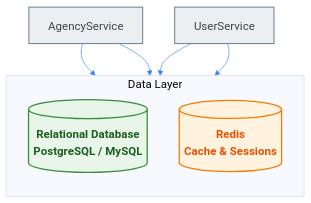
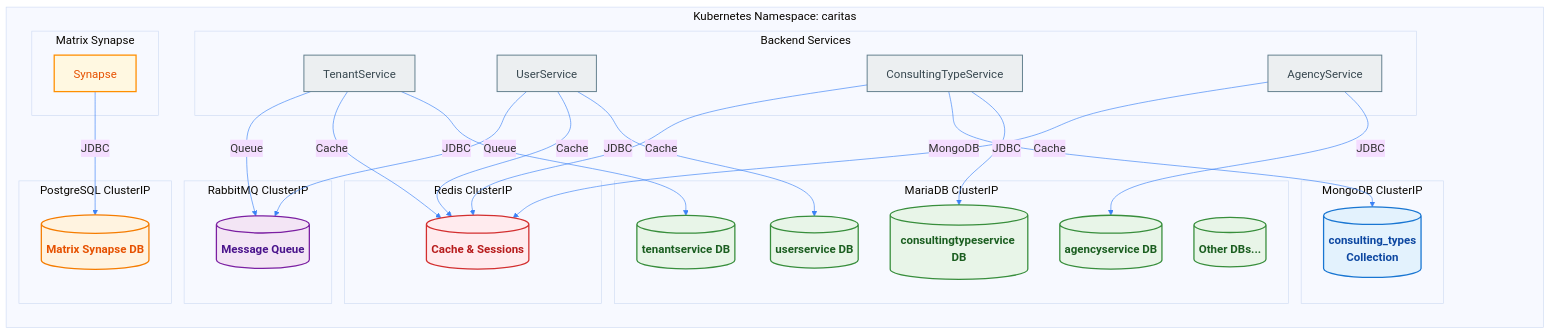
One commit to OpenResilienceInitiative/ORISO-Docs changed the diagram in oriso-platform/architecture/data.mdx. Above: the diagram before and after it, drawn with Mermaid. The commit also changed other lines of this file and 37 other files, not shown here.

Commit message:
docs: update ORISO Platform documentation for v3.0.0, including architecture, deployment, and service details

````diff
--- a/oriso-platform/architecture/data.mdx
+++ b/oriso-platform/architecture/data.mdx
@@ -6,22 +10,70 @@
 ```mermaid
 %%{init: { 'theme': 'base', 'themeVariables': { 'fontSize': '18px', 'lineColor': '#3B82F6' } }}%%
 
 flowchart TB
 
-  subgraph Data["Data Layer"]
+  subgraph K8s["Kubernetes Namespace: caritas"]
     direction TB
-    D1[(Relational Database\nPostgreSQL / MySQL)]:::database
-    D2[(Redis\nCache & Sessions)]:::cache
+    
+    subgraph MariaDB["MariaDB ClusterIP"]
+      M1[("tenantservice DB")]:::mariadb
+      M2[("userservice DB")]:::mariadb
+      M3[("consultingtypeservice DB")]:::mariadb
+      M4[("agencyservice DB")]:::mariadb
+      M5[("Other DBs...")]:::mariadb
+    end
+    
+    subgraph MongoDB["MongoDB ClusterIP"]
+      MO1[("consulting_types\nCollection")]:::mongodb
+    end
+    
+    subgraph PostgreSQL["PostgreSQL ClusterIP"]
+      P1[("Matrix Synapse DB")]:::postgres
+    end
+    
+    subgraph Redis["Redis ClusterIP"]
+      R1[("Cache & Sessions")]:::redis
+    end
+    
+    subgraph RabbitMQ["RabbitMQ ClusterIP"]
+      Q1[("Message Queue")]:::rabbitmq
+    end
+    
+    subgraph Services["Backend Services"]
+      S1[TenantService]:::svc
+      S2[UserService]:::svc
+      S3[ConsultingTypeService]:::svc
+      S4[AgencyService]:::svc
+    end
+    
+    subgraph Matrix["Matrix Synapse"]
+      MX1[Synapse]:::matrix
+    end
   end
 
-  %% Example readers/writers
-  B4[AgencyService]:::svc --> D1
-  B1[UserService]:::svc --> D1
-  B1 --> D2
-  B4 --> D2
+  %% Service connections
+  S1 -->|JDBC| M1
+  S2 -->|JDBC| M2
+  S3 -->|JDBC| M3
+  S3 -->|MongoDB| MO1
+  S4 -->|JDBC| M4
+  
+  S1 -->|Cache| R1
+  S2 -->|Cache| R1
+  S3 -->|Cache| R1
+  S4 -->|Cache| R1
+  
+  S1 -->|Queue| Q1
+  S2 -->|Queue| Q1
+  
+  MX1 -->|JDBC| P1
 
   %% Styling
-  classDef database fill:#e8f5e8,stroke:#388e3c,stroke-width:2px,color:#1b5e20,font-weight:bold
-  classDef cache fill:#fff3e0,stroke:#f57c00,stroke-width:2px,color:#e65100,font-weight:bold
+  classDef mariadb fill:#e8f5e8,stroke:#388e3c,stroke-width:2px,color:#1b5e20,font-weight:bold
+  classDef mongodb fill:#e3f2fd,stroke:#1976d2,stroke-width:2px,color:#0d47a1,font-weight:bold
+  classDef postgres fill:#fff3e0,stroke:#f57c00,stroke-width:2px,color:#e65100,font-weight:bold
+  classDef redis fill:#ffebee,stroke:#d32f2f,stroke-width:2px,color:#b71c1c,font-weight:bold
+  classDef rabbitmq fill:#f3e5f5,stroke:#7b1fa2,stroke-width:2px,color:#4a148c,font-weight:bold
   classDef svc fill:#eceff1,stroke:#607d8b,stroke-width:1.5px,color:#37474f
+  classDef matrix fill:#fff8e1,stroke:#ff8f00,stroke-width:2px,color:#e65100
 ```
````
